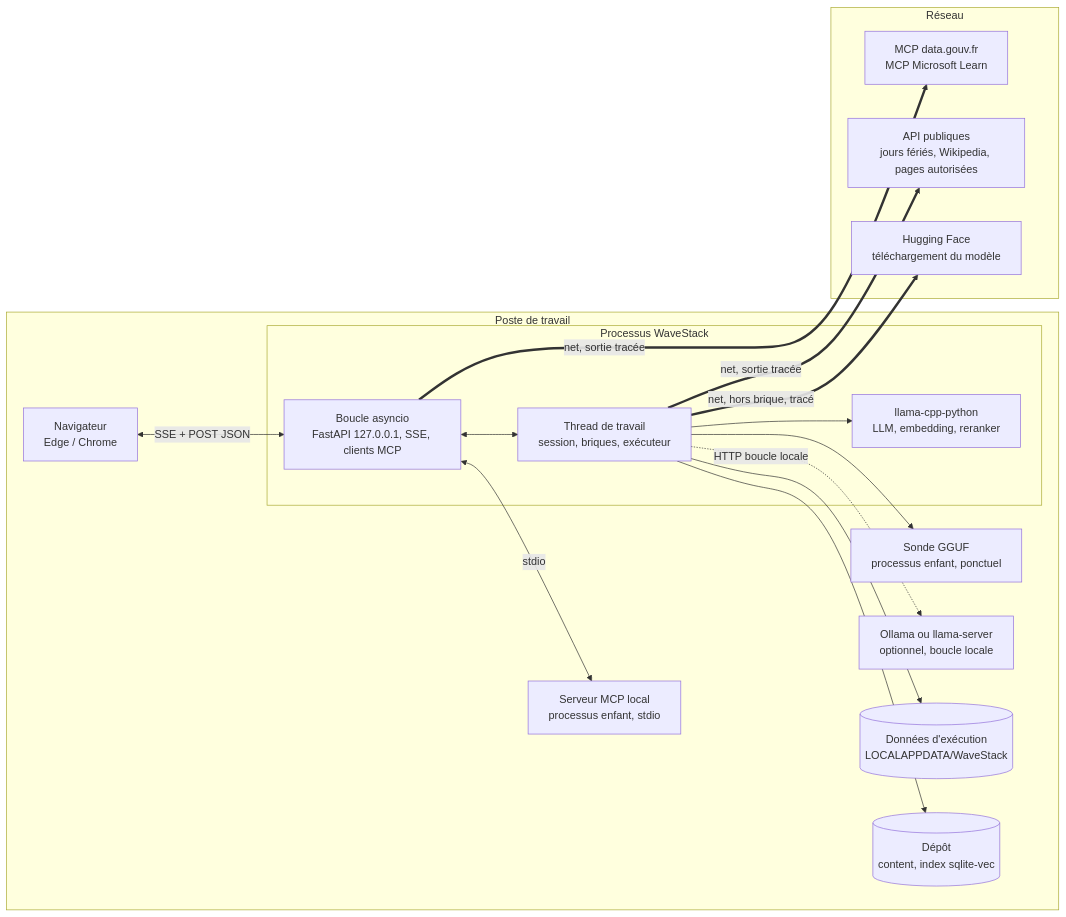
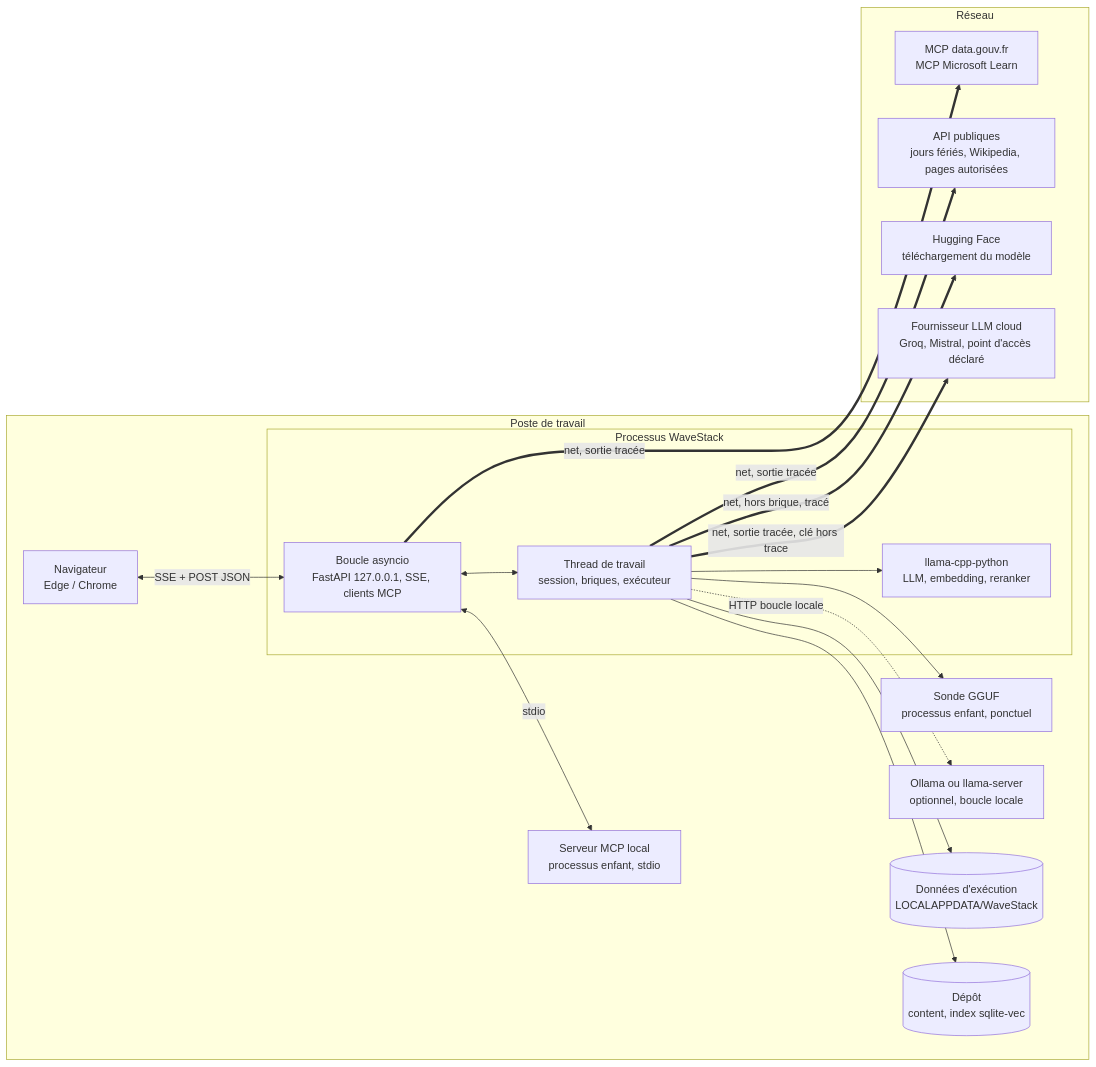
Before and after one commit to Aliquanto3/agentic-harness-training-demo: the second of 3 diagrams in _bmad-output/planning-artifacts/architecture/architecture-agentic-harness-training-demo-2026-09-23/ARCHITECTURE-SPINE.md, drawn with Mermaid. The commit also changed other lines of this file and 26 other files, not shown here.

Commit message:
docs: spec, PRD et architecture pour l'option LLM cloud, revues et recherche (travail en cours)

````diff
--- a/_bmad-output/planning-artifacts/architecture/architecture-agentic-harness-training-demo-2026-09-23/ARCHITECTURE-SPINE.md
+++ b/_bmad-output/planning-artifacts/architecture/architecture-agentic-harness-training-demo-2026-09-23/ARCHITECTURE-SPINE.md
@@ -556,32 +649,34 @@
 ```mermaid
 flowchart LR
   subgraph poste["Poste de travail"]
     browser["Navigateur<br/>Edge / Chrome"]
     subgraph app["Processus WaveStack"]
       loop["Boucle asyncio<br/>FastAPI 127.0.0.1, SSE, clients MCP"]
       worker["Thread de travail<br/>session, briques, exécuteur"]
       engine["llama-cpp-python<br/>LLM, embedding, reranker"]
     end
     probe["Sonde GGUF<br/>processus enfant, ponctuel"]
     mcplocal["Serveur MCP local<br/>processus enfant, stdio"]
     ext["Ollama ou llama-server<br/>optionnel, boucle locale"]
     files[("Données d'exécution<br/>LOCALAPPDATA/WaveStack")]
     repo[("Dépôt<br/>content, index sqlite-vec")]
   end
   subgraph reseau["Réseau"]
     mcppub["MCP data.gouv.fr<br/>MCP Microsoft Learn"]
     apis["API publiques<br/>jours fériés, Wikipedia, pages autorisées"]
     hf["Hugging Face<br/>téléchargement du modèle"]
+    llmcloud["Fournisseur LLM cloud<br/>Groq, Mistral, point d'accès déclaré"]
   end
   browser <-- "SSE + POST JSON" --> loop
   loop <--> worker
   worker --> engine
   worker --> probe
   loop <-- stdio --> mcplocal
   worker -. "HTTP boucle locale" .-> ext
   worker --> files
   worker --> repo
   loop == "net, sortie tracée" ==> mcppub
   worker == "net, sortie tracée" ==> apis
   worker == "net, hors brique, tracé" ==> hf
+  worker == "net, sortie tracée, clé hors trace" ==> llmcloud
 ```
````
